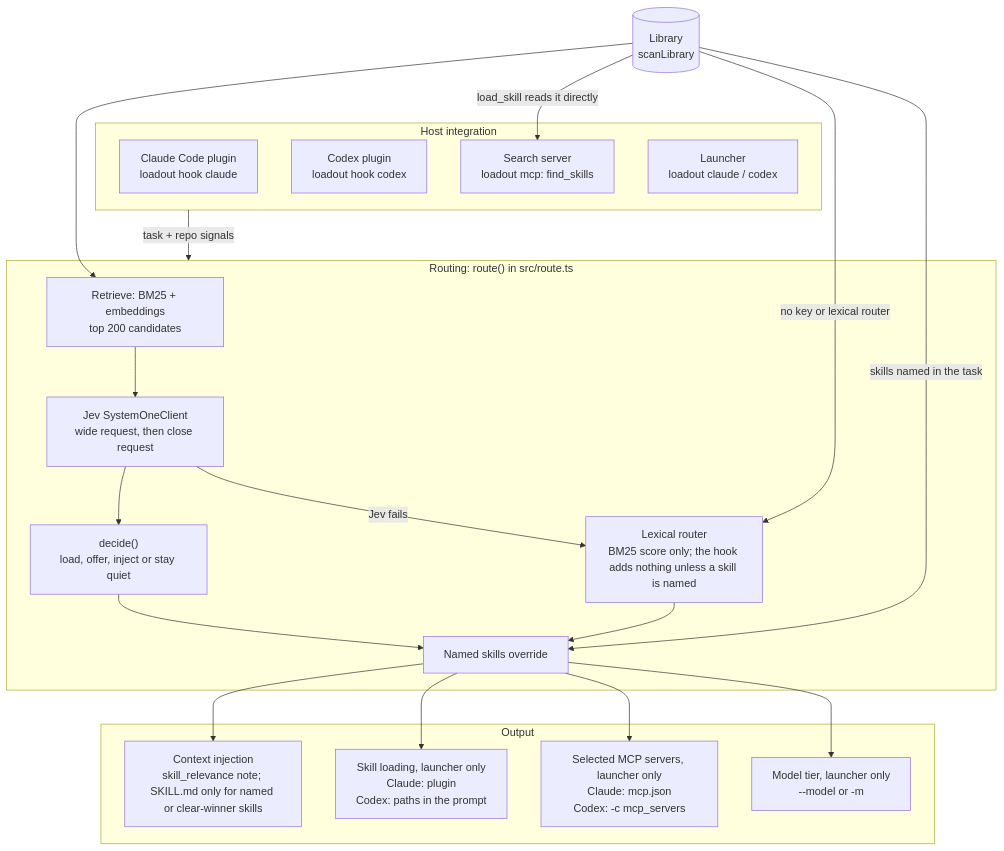
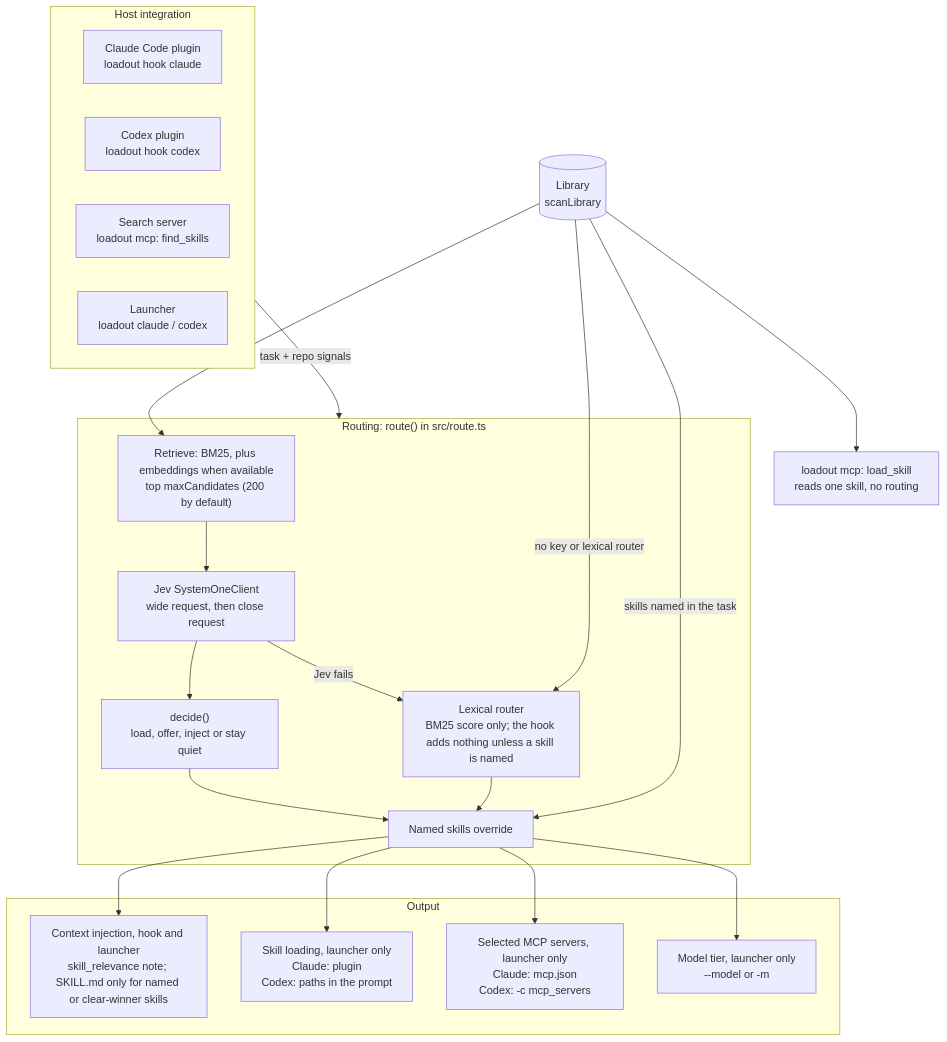
One commit to erik-hedstrom/loadout changed the diagram in DESIGN.md. Above: the diagram before and after it, drawn with Mermaid. The commit also changed other lines of this file and 1 other file, not shown here.

Commit message:
E6: load_skill gets its own node; retrieval settings; drop the caption
Codex round 6: load_skill is a separate handler that reads the library
without routing, so it has its own node, not an edge into find_skills.
Retrieval uses embeddings only when available and maxCandidates (200 by
default). pr-reviewer round 3: the caption's Router step 6 claim held
only for the launcher and the rest repeated the diagram, so it is gone;
the context node says it applies to the hook and launcher. E6 is done.

Claude-Session: https://claude.ai/code/session_01HuyR49tfEGYja23caRY2JK

````diff
--- a/DESIGN.md
+++ b/DESIGN.md
@@ -29,41 +29,42 @@
 ```mermaid
 flowchart TB
     subgraph host["Host integration"]
         CH["Claude Code plugin<br/>loadout hook claude"]
         XH["Codex plugin<br/>loadout hook codex"]
         MS["Search server<br/>loadout mcp: find_skills"]
         LA["Launcher<br/>loadout claude / codex"]
     end
 
     LIB[("Library<br/>scanLibrary")]
+    LS["loadout mcp: load_skill<br/>reads one skill, no routing"]
 
     subgraph routing["Routing: route() in src/route.ts"]
-        RET["Retrieve: BM25 + embeddings<br/>top 200 candidates"]
+        RET["Retrieve: BM25, plus embeddings when available<br/>top maxCandidates (200 by default)"]
         JEV["Jev SystemOneClient<br/>wide request, then close request"]
         DEC["decide()<br/>load, offer, inject or stay quiet"]
         LEX["Lexical router<br/>BM25 score only; the hook adds nothing unless a skill is named"]
         MEN["Named skills override"]
         RET --> JEV
         JEV -->|"Jev fails"| LEX
         JEV --> DEC
         DEC --> MEN
         LEX --> MEN
     end
 
     subgraph out["Output"]
-        CTX["Context injection<br/>skill_relevance note; SKILL.md only for named or clear-winner skills"]
+        CTX["Context injection, hook and launcher<br/>skill_relevance note; SKILL.md only for named or clear-winner skills"]
         SKL["Skill loading, launcher only<br/>Claude: plugin<br/>Codex: paths in the prompt"]
         MCPS["Selected MCP servers, launcher only<br/>Claude: mcp.json<br/>Codex: -c mcp_servers"]
         TIER["Model tier, launcher only<br/>--model or -m"]
     end
 
     host -->|"task + repo signals"| routing
     LIB --> RET
     LIB -->|"no key or lexical router"| LEX
     LIB -->|"skills named in the task"| MEN
-    LIB -->|"load_skill reads it directly"| MS
+    LIB --> LS
     MEN --> CTX
     MEN --> SKL
     MEN --> MCPS
     MEN --> TIER
 ```
````
